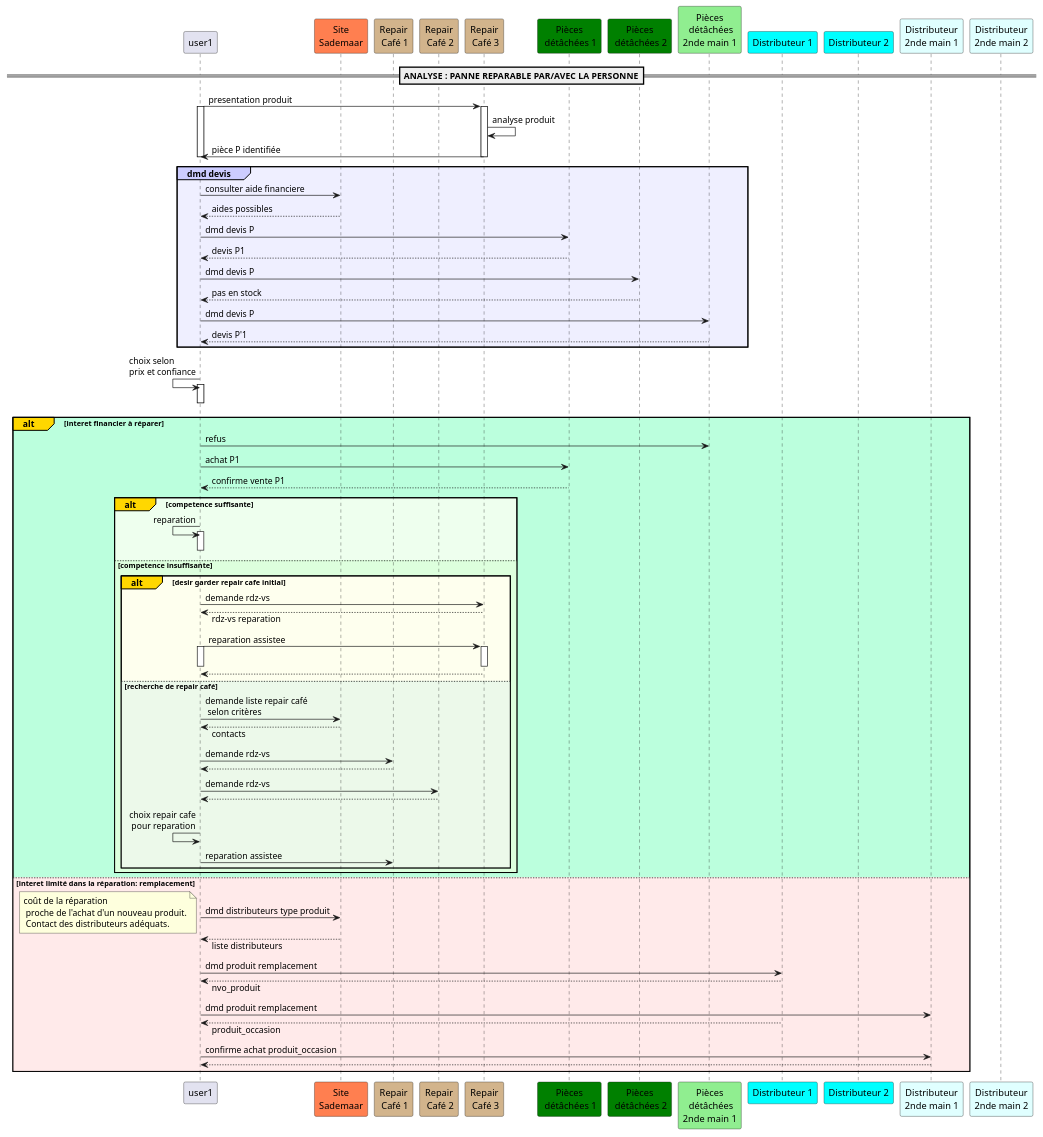
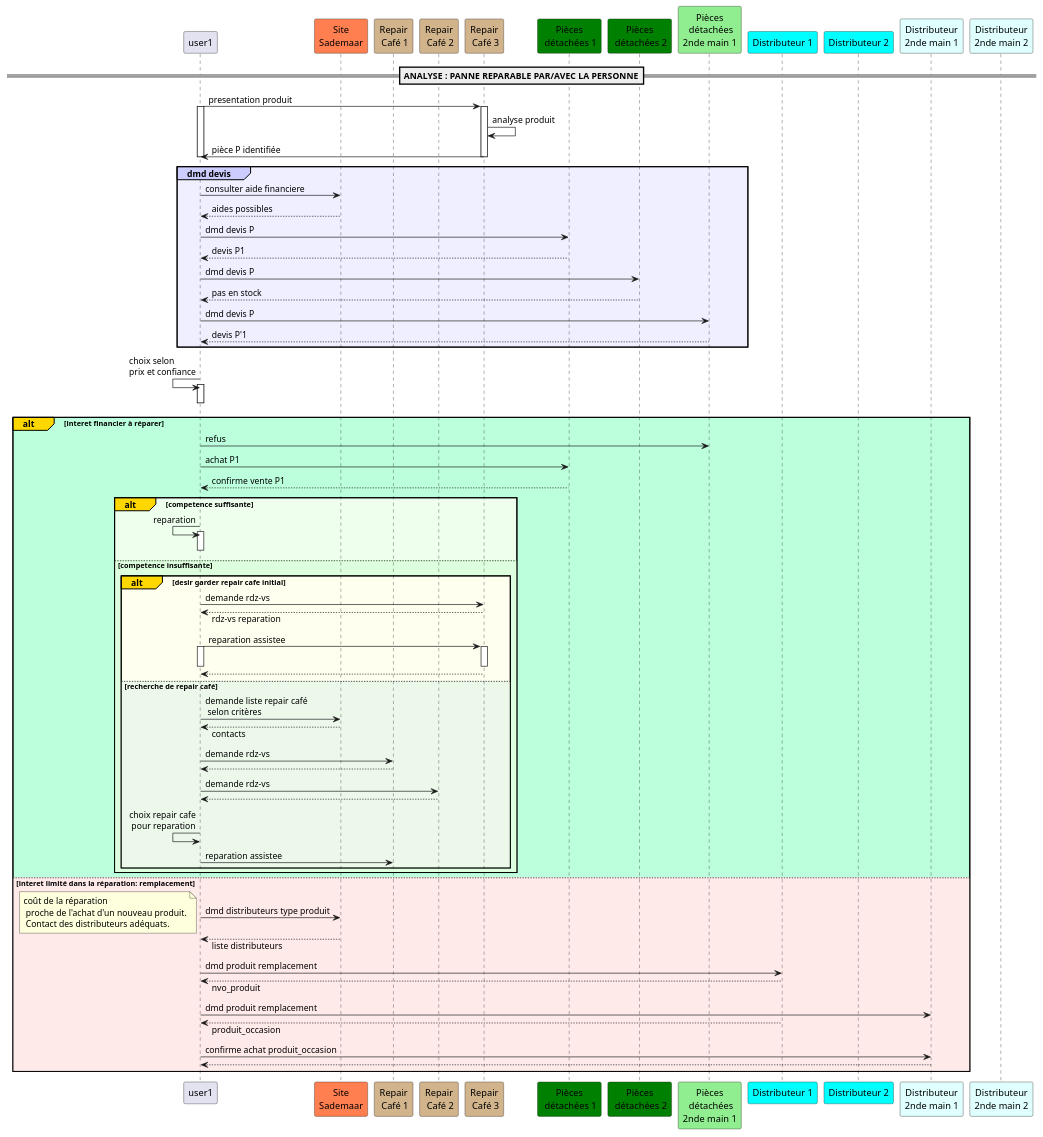
One commit to EmmanuelADAM/Sademaar changed the diagram in SAdemarSeqDiagCoop.md. Above: the diagram before and after it, drawn with PlantUML. The commit also changed other lines of this file and 3 other files, not shown here.

Commit message:
improve diagram

````diff
--- a/SAdemarSeqDiagCoop.md
+++ b/SAdemarSeqDiagCoop.md
@@ -41,80 +44,80 @@
 @startuml reparationPanne
 skinparam responseMessageBelowArrow true
 participant user1 
 participant "Site\nSademaar" as site #coral 
 participant "Repair\n Café 1" as rc1 #tan 
 participant "Repair\n Café 2" as rc2 #tan 
 participant "Repair\n Café 3" as rc3 #tan 
-participant "Pièces\n détâchées 1" as pd1 #green 
-participant "Pièces\n détâchées 2" as pd2 #green 
-participant "Pièces\n détâchées\n2nde main 1" as pds1 #lightgreen 
+participant "Pièces\n détachées 1" as pd1 #green 
+participant "Pièces\n détachées 2" as pd2 #green 
+participant "Pièces\n détachées\n2nde main 1" as pds1 #lightgreen 
 participant "Distributeur 1" as d1 #cyan 
 participant "Distributeur 2" as d2 #cyan 
 participant "Distributeur\n2nde main 1" as ds1 #lightcyan 
 participant "Distributeur\n2nde main 2" as ds2 #lightcyan 
 
 ==ANALYSE :  PANNE REPARABLE PAR/AVEC LA PERSONNE==
 user1 -> rc3: presentation produit
 activate rc3
 activate user1
 rc3 -> rc3: analyse produit
 rc3 -> user1: pièce P identifiée
 deactivate user1
 deactivate rc3
 group#CCCCFF #EFEFFF dmd devis
 user1 -> site: consulter aide financiere
 site --> user1 : aides possibles
 user1 -> pd1: dmd devis P
 pd1 --> user1: devis P1
 user1 -> pd2: dmd devis P
 pd2 --> user1: pas en stock
 user1 -> pds1: dmd devis P
 pds1 --> user1: devis P'1
 end
 user1 <- user1: choix selon \nprix et confiance
 activate user1
 deactivate user1
 
 alt#Gold #BBFFDD interet financier à réparer
     user1 -> pds1:refus
     user1 -> pd1:achat P1
     pd1 --> user1:confirme vente P1
     
     alt#Gold #EEFFEE competence suffisante
         user1 <- user1: reparation
         activate user1
         deactivate user1
     else #DDFFDD competence insuffisante
         alt#Gold #FEFFEE desir garder repair cafe initial
             user1 -> rc3:demande rdz-vs
             user1 <-- rc3:rdz-vs reparation
             user1 -> rc3:reparation assistee
             activate user1
             activate rc3
             deactivate user1
             deactivate rc3
             user1 <-- rc3
         else #ECF9EA recherche de repair café
             user1 -> site:demande liste repair café\n selon critères
             user1 <--- site: contacts
             user1 -> rc1:demande rdz-vs
             user1 <-- rc1
             user1 -> rc2:demande rdz-vs
             user1 <-- rc2
             user1 <- user1: choix repair cafe\n pour reparation
             user1 -> rc1:reparation assistee
         end
     end
 else #FFEAEA interet limité dans la réparation: remplacement
     user1 -> site:dmd distributeurs type produit
     note left: coût de la réparation\n proche de l'achat d'un nouveau produit.\n Contact des distributeurs adéquats.
     user1 <-- site:liste distributeurs
     user1 -> d1:dmd produit remplacement
     user1 <-- d1:  nvo_produit
     user1 -> ds1:dmd produit remplacement
     user1 <-- d1:  produit_occasion
     user1 -> ds1:confirme achat produit_occasion
     user1 <-- ds1
 end
 
 @enduml```
````
